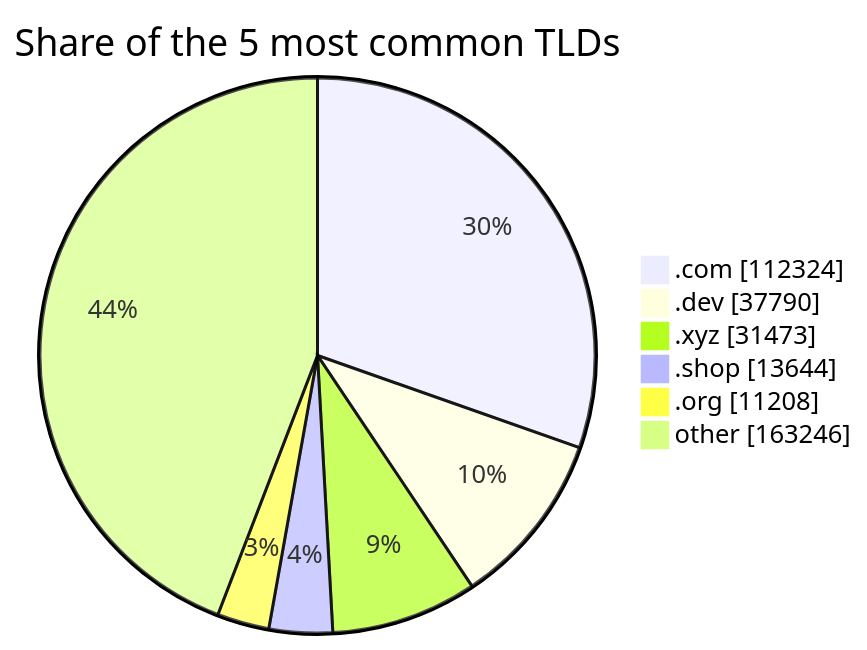
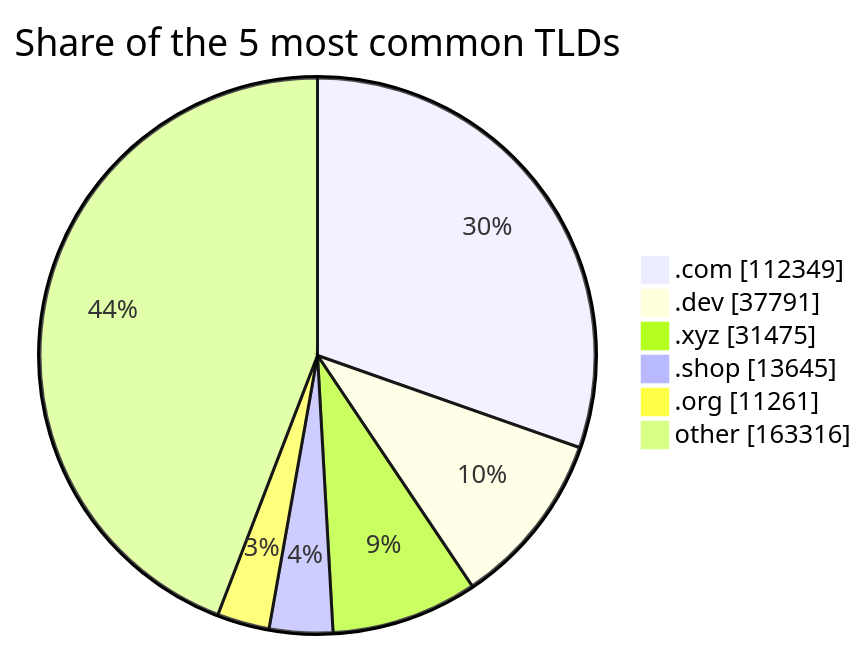
Before and after one commit to DNSBunker/CTI: the third of 3 diagrams in README.md, drawn with Mermaid. The commit also changed other lines of this file and 3 other files, not shown here.

````diff
--- a/README.md
+++ b/README.md
@@ -81,9 +81,9 @@
 ```mermaid
 pie showData title Share of the 5 most common TLDs
-    ".com" : 112324
-    ".dev" : 37790
-    ".xyz" : 31473
-    ".shop" : 13644
-    ".org" : 11208
-    "other" : 163246
+    ".com" : 112349
+    ".dev" : 37791
+    ".xyz" : 31475
+    ".shop" : 13645
+    ".org" : 11261
+    "other" : 163316
 ```
````
